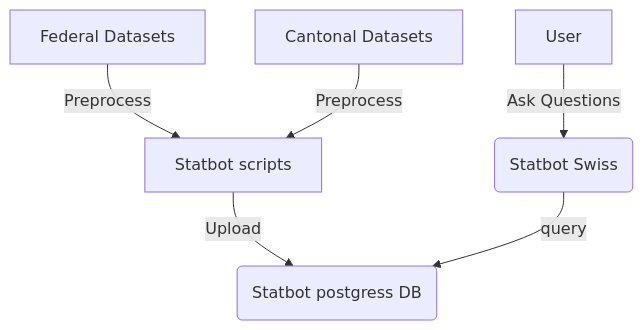
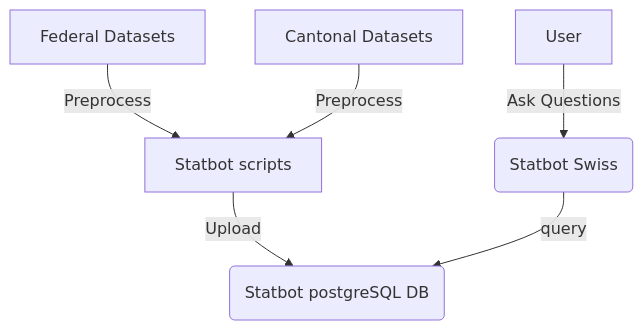
Before and after one commit to statistikZH/statbotData: the first of 3 diagrams in README.md, drawn with Mermaid.

Commit message:
docs(readme): fix postgres typo

````diff
--- a/README.md
+++ b/README.md
@@ -14,8 +14,8 @@
 ```mermaid
 flowchart TD
     Fed[Federal Datasets] -->|Preprocess| Scripts[Statbot scripts]
     Scripts -->|Upload| DB(Statbot postgress DB)
     Can[Cantonal Datasets] -->|Preprocess| Scripts
     User -->|Ask Questions| Chatbot(Statbot Swiss)
-    Chatbot -->|query| DB(Statbot postgress DB)
+    Chatbot -->|query| DB(Statbot postgreSQL DB)
 ```
````
